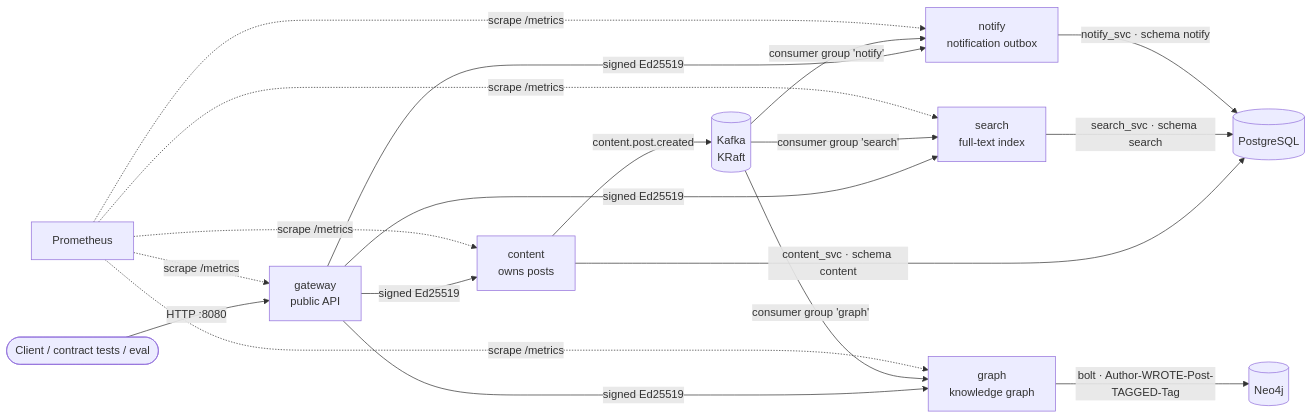
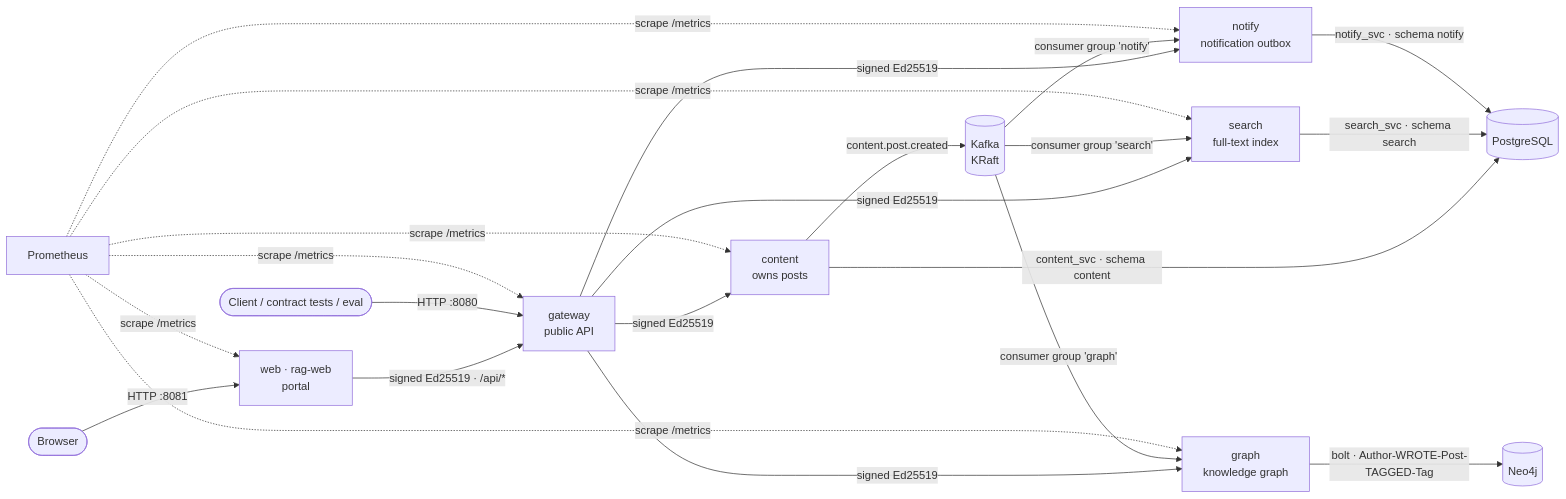
Before and after one commit to armdev/harness-template: the fourth of 5 diagrams in docs/en/04-architecture.md, drawn with Mermaid. The commit also changed other lines of this file and 35 other files, not shown here.

First line of the commit message:
rag-web: web portal for the RAG application, plus graph overview endpoints

````diff
--- a/docs/en/04-architecture.md
+++ b/docs/en/04-architecture.md
@@ -93,17 +93,19 @@
 ```mermaid
 flowchart LR
+    browser([Browser]) -->|HTTP :8081| web[web · rag-web<br/>portal]
+    web -->|signed Ed25519 · /api/*| gw
     client([Client / contract tests / eval]) -->|HTTP :8080| gw[gateway<br/>public API]
     gw -->|signed Ed25519| content[content<br/>owns posts]
     gw -->|signed Ed25519| search[search<br/>full-text index]
     gw -->|signed Ed25519| notify[notify<br/>notification outbox]
     gw -->|signed Ed25519| kg[graph<br/>knowledge graph]
     content -->|content.post.created| kafka[(Kafka<br/>KRaft)]
     kafka -->|consumer group 'search'| search
     kafka -->|consumer group 'notify'| notify
     kafka -->|consumer group 'graph'| kg
     content -->|content_svc · schema content| pg[(PostgreSQL)]
     search -->|search_svc · schema search| pg
     notify -->|notify_svc · schema notify| pg
     kg -->|bolt · Author-WROTE-Post-TAGGED-Tag| neo[(Neo4j)]
-    prom[Prometheus] -.->|scrape /metrics| gw & content & search & notify & kg
+    prom[Prometheus] -.->|scrape /metrics| web & gw & content & search & notify & kg
 ```
````
